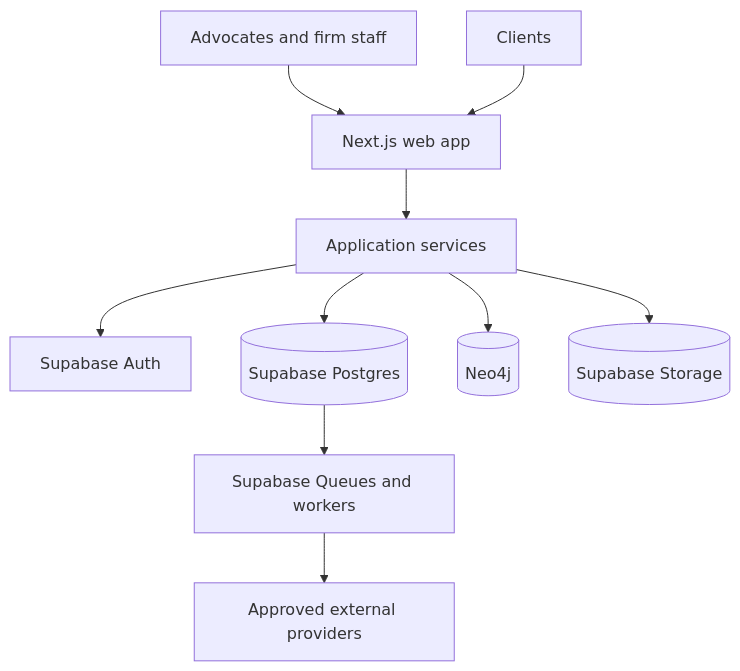
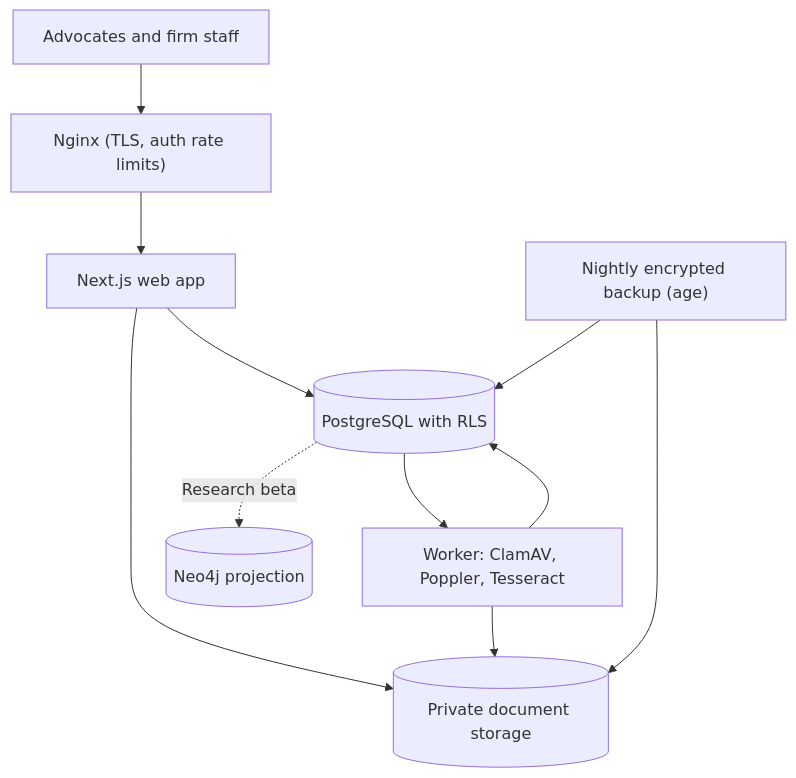
Before and after one commit to bratamalya2/nyaya-flow: the diagram in Architecture (2).md, drawn with Mermaid. The commit also changed other lines of this file and 7 other files, not shown here.

````diff
--- a/Architecture (2).md
+++ b/Architecture (2).md
@@ -26,12 +28,13 @@
 ```mermaid
 flowchart TB
-  U["Advocates and firm staff"] --> W["Next.js web app"]
-  C["Clients"] --> W
-  W --> A["Application services"]
-  A --> S["Supabase Auth"]
-  A --> P[(Supabase Postgres)]
-  A --> G[(Neo4j)]
-  A --> O[(Supabase Storage)]
-  P --> Q["Supabase Queues and workers"]
-  Q --> X["Approved external providers"]
+  U["Advocates and firm staff"] --> N["Nginx (TLS, auth rate limits)"]
+  N --> W["Next.js web app"]
+  W --> P[(PostgreSQL with RLS)]
+  W --> F[("Private document storage")]
+  P --> K["Worker: ClamAV, Poppler, Tesseract"]
+  K --> F
+  K --> P
+  B["Nightly encrypted backup (age)"] --> P
+  B --> F
+  P -. "Research beta" .-> G[(Neo4j projection)]
 ```
````
